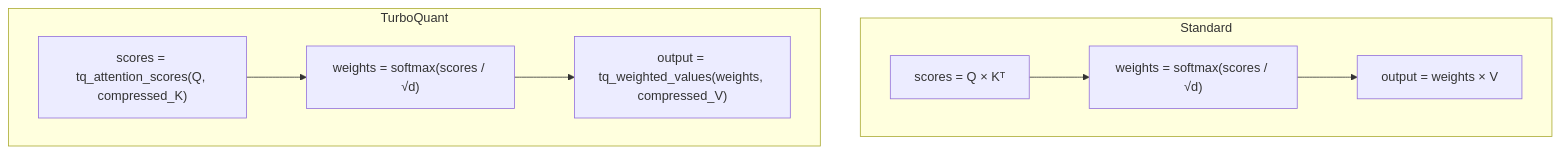
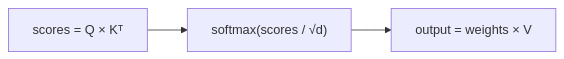
Before and after one commit to zolotukhin/zinc: the second of 3 diagrams in docs/TURBOQUANT_SPEC.md, drawn with Mermaid. The commit also changed other lines of this file and 38 other files, not shown here.

````diff
--- a/docs/TURBOQUANT_SPEC.md
+++ b/docs/TURBOQUANT_SPEC.md
@@ -342,11 +344,4 @@
 ```mermaid
-flowchart TD
-    subgraph Standard
-        S1["scores = Q × Kᵀ"] --> S2["weights = softmax(scores / √d)"]
-        S2 --> S3["output = weights × V"]
-    end
-    subgraph TurboQuant
-        T1["scores = tq_attention_scores(Q, compressed_K)"] --> T2["weights = softmax(scores / √d)"]
-        T2 --> T3["output = tq_weighted_values(weights, compressed_V)"]
-    end
+flowchart LR
+    S1["scores = Q × Kᵀ"] --> S2["softmax(scores / √d)"] --> S3["output = weights × V"]
 ```
````
